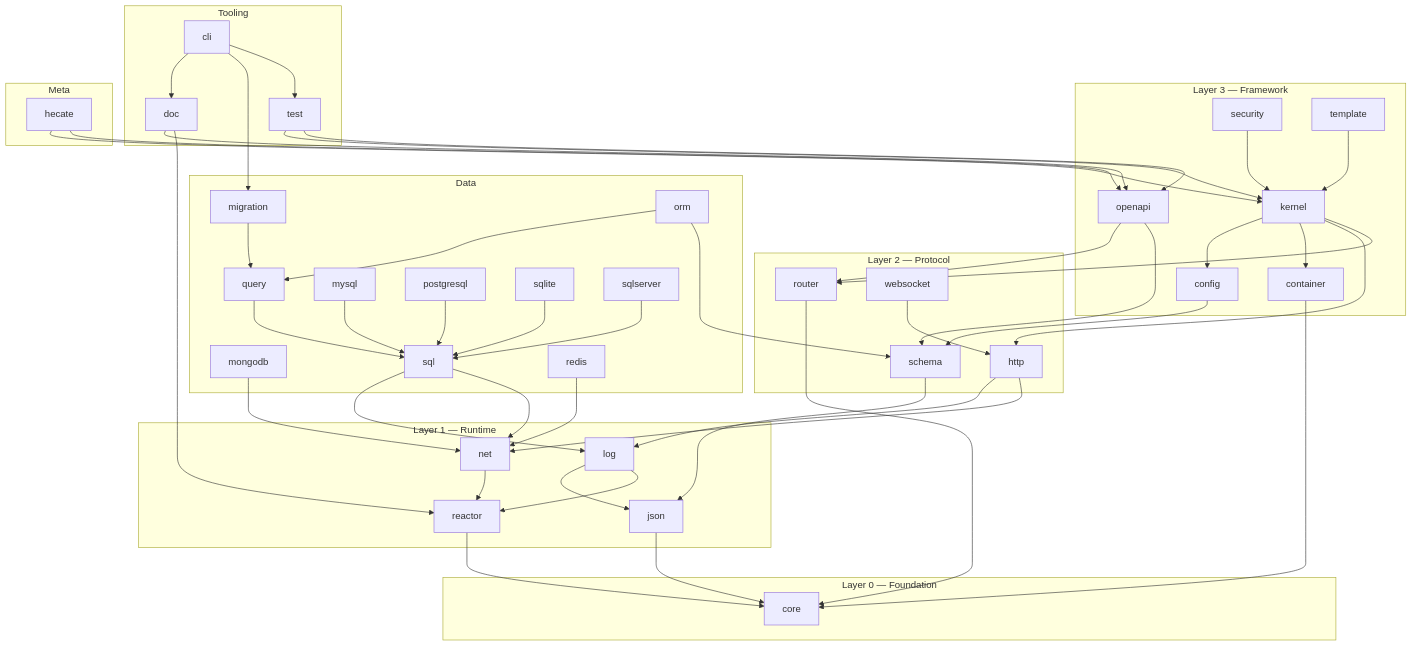
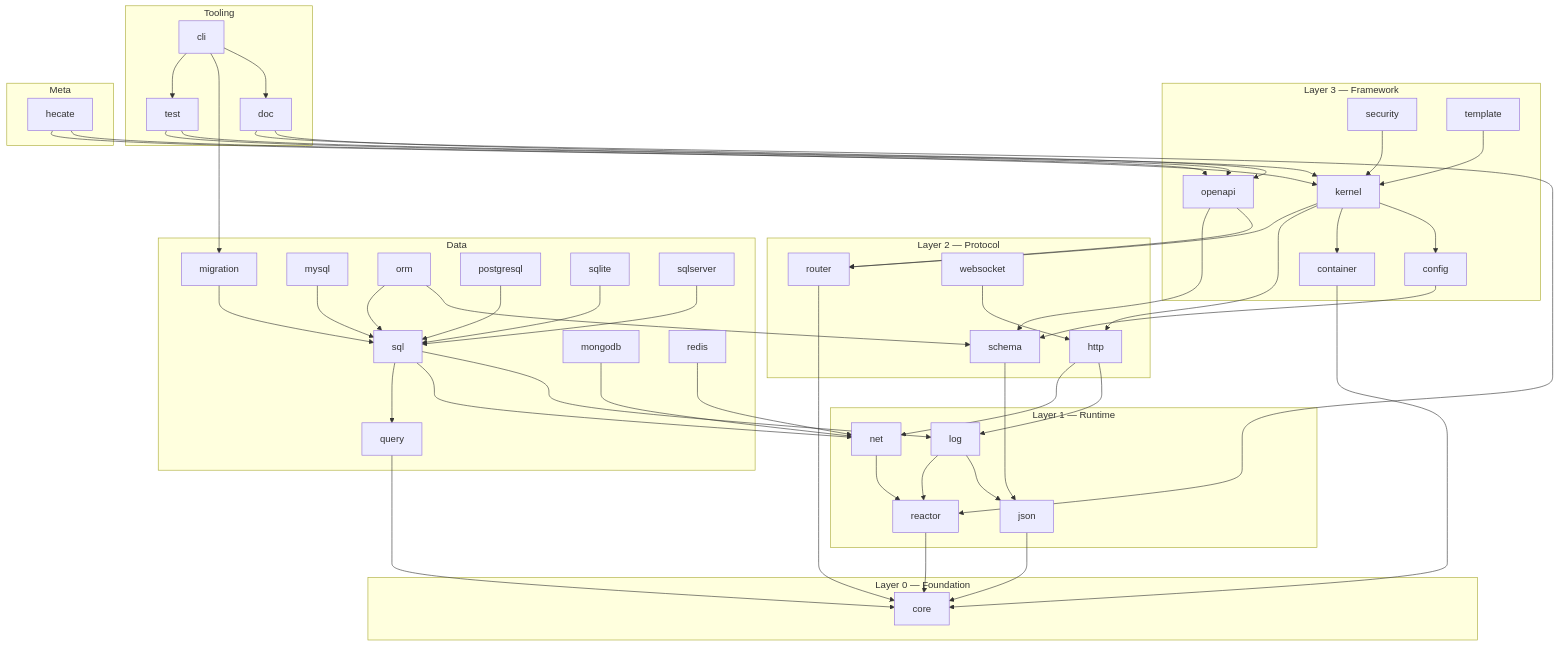
The first of 2 diagrams in docs/architecture/overview.md (hecate-framework/hecate), drawn with Mermaid before and after one commit. The commit also changed 11 other files, not shown here.

First line of the commit message:
docs(data-access): translators in sql, abstract API in query (OQ-58); tick the Phase 0 gate

````diff
--- a/docs/architecture/overview.md
+++ b/docs/architecture/overview.md
@@ -10,59 +10,60 @@
 ```mermaid
 flowchart TB
   subgraph L0[Layer 0 — Foundation]
     core
   end
   subgraph L1[Layer 1 — Runtime]
     json --> core
     log --> json
     log --> reactor
     net --> reactor
     reactor --> core
   end
   subgraph L2[Layer 2 — Protocol]
     http --> log
     http --> net
     router --> core
     schema --> json
     websocket --> http
   end
   subgraph L3[Layer 3 — Framework]
     config --> schema
     container --> core
     kernel --> config
     kernel --> container
     kernel --> http
     kernel --> router
     openapi --> router
     openapi --> schema
     security --> kernel
     template --> kernel
   end
   subgraph D[Data]
-    migration --> query
+    migration --> sql
     mongodb --> net
     mysql --> sql
-    orm --> query
     orm --> schema
+    orm --> sql
     postgresql --> sql
-    query --> sql
+    query --> core
     redis --> net
     sql --> log
     sql --> net
+    sql --> query
     sqlite --> sql
     sqlserver --> sql
   end
   subgraph T[Tooling]
     cli --> doc
     cli --> migration
     cli --> test
     doc --> openapi
     doc --> reactor
     test --> kernel
     test --> openapi
   end
   subgraph M[Meta]
     hecate --> kernel
     hecate --> openapi
   end
 ```
````
